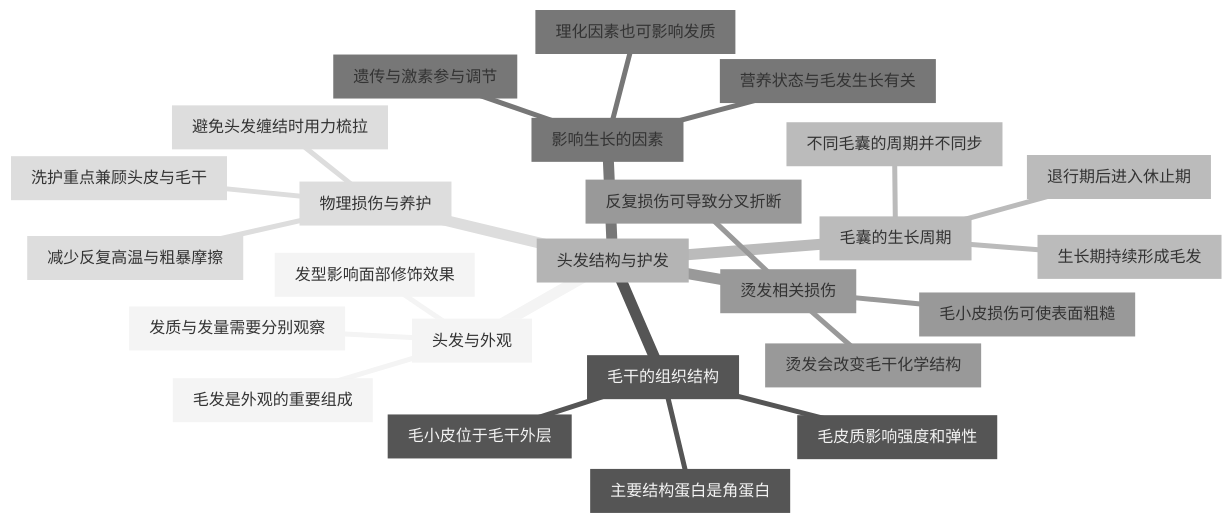
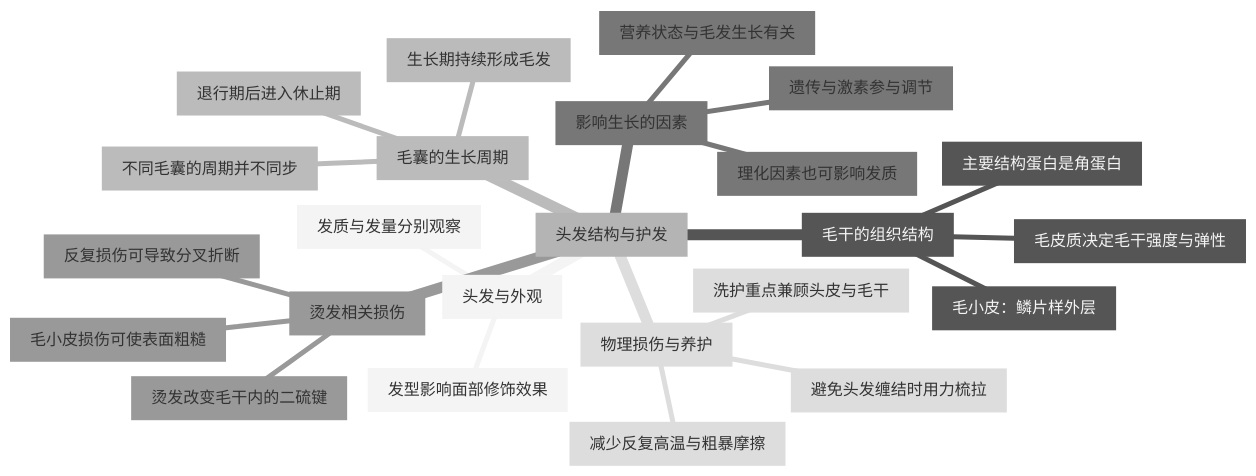
Before and after one commit to hanson2017ear/skin-barrier-skincare-course: the diagram in docs/assets/lessons/hair-care.mmd, drawn with Mermaid (neutral theme). The commit also changed 54 other files, not shown here.

Commit message:
Correct course chronology and teaching attribution; refine notes and diagrams

```diff
--- a/docs/assets/lessons/hair-care.mmd
+++ b/docs/assets/lessons/hair-care.mmd
@@ -1,26 +1,25 @@
 mindmap
   root["头发结构与护发"]
     b1["头发与外观"]
-      b1n1["毛发是外观的重要组成"]
-      b1n2["发型影响面部修饰效果"]
-      b1n3["发质与发量需要分别观察"]
+      b1n1["发型影响面部修饰效果"]
+      b1n2["发质与发量分别观察"]
     b2["毛干的组织结构"]
       b2n1["主要结构蛋白是角蛋白"]
-      b2n2["毛小皮位于毛干外层"]
-      b2n3["毛皮质影响强度和弹性"]
+      b2n2["毛小皮：鳞片样外层"]
+      b2n3["毛皮质决定毛干强度与弹性"]
     b3["毛囊的生长周期"]
       b3n1["生长期持续形成毛发"]
       b3n2["退行期后进入休止期"]
       b3n3["不同毛囊的周期并不同步"]
     b4["影响生长的因素"]
       b4n1["遗传与激素参与调节"]
       b4n2["营养状态与毛发生长有关"]
       b4n3["理化因素也可影响发质"]
     b5["烫发相关损伤"]
-      b5n1["烫发会改变毛干化学结构"]
+      b5n1["烫发改变毛干内的二硫键"]
       b5n2["毛小皮损伤可使表面粗糙"]
       b5n3["反复损伤可导致分叉折断"]
     b6["物理损伤与养护"]
       b6n1["减少反复高温与粗暴摩擦"]
       b6n2["避免头发缠结时用力梳拉"]
       b6n3["洗护重点兼顾头皮与毛干"]
```
